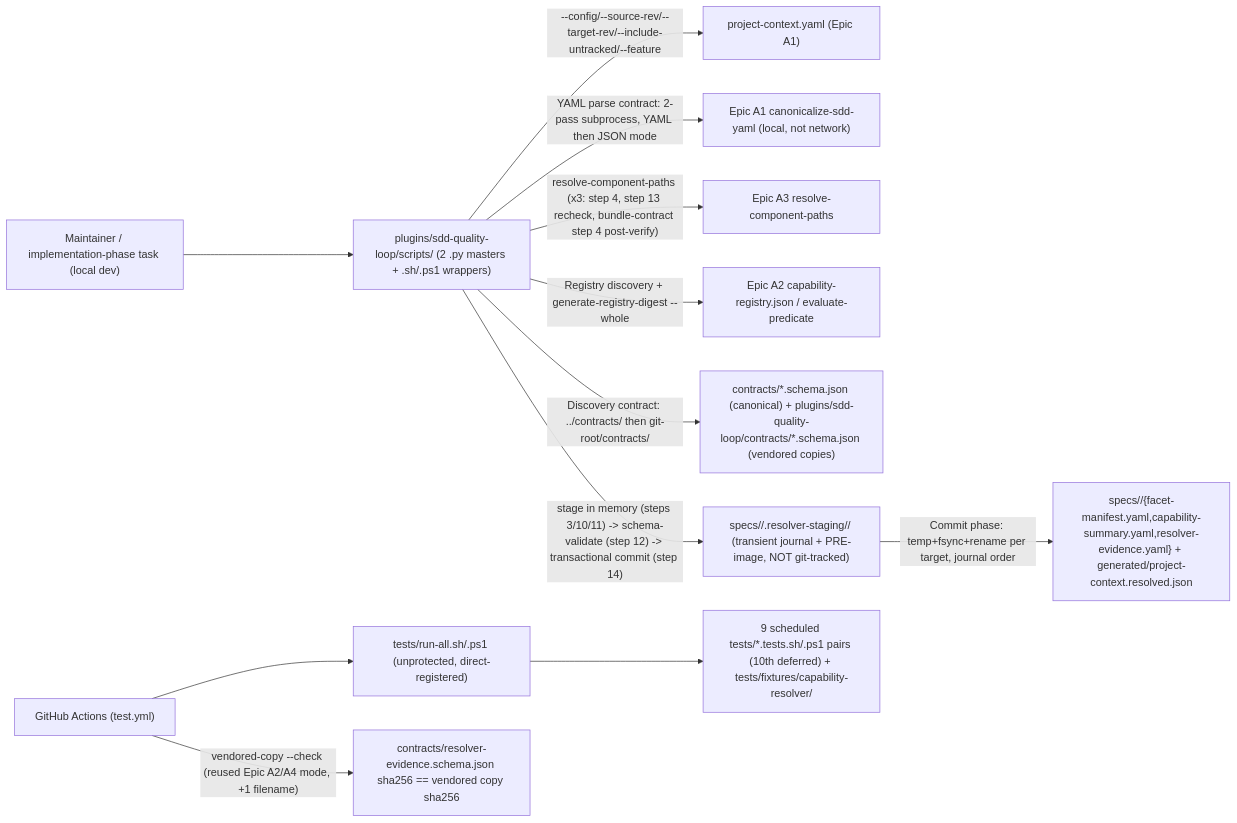
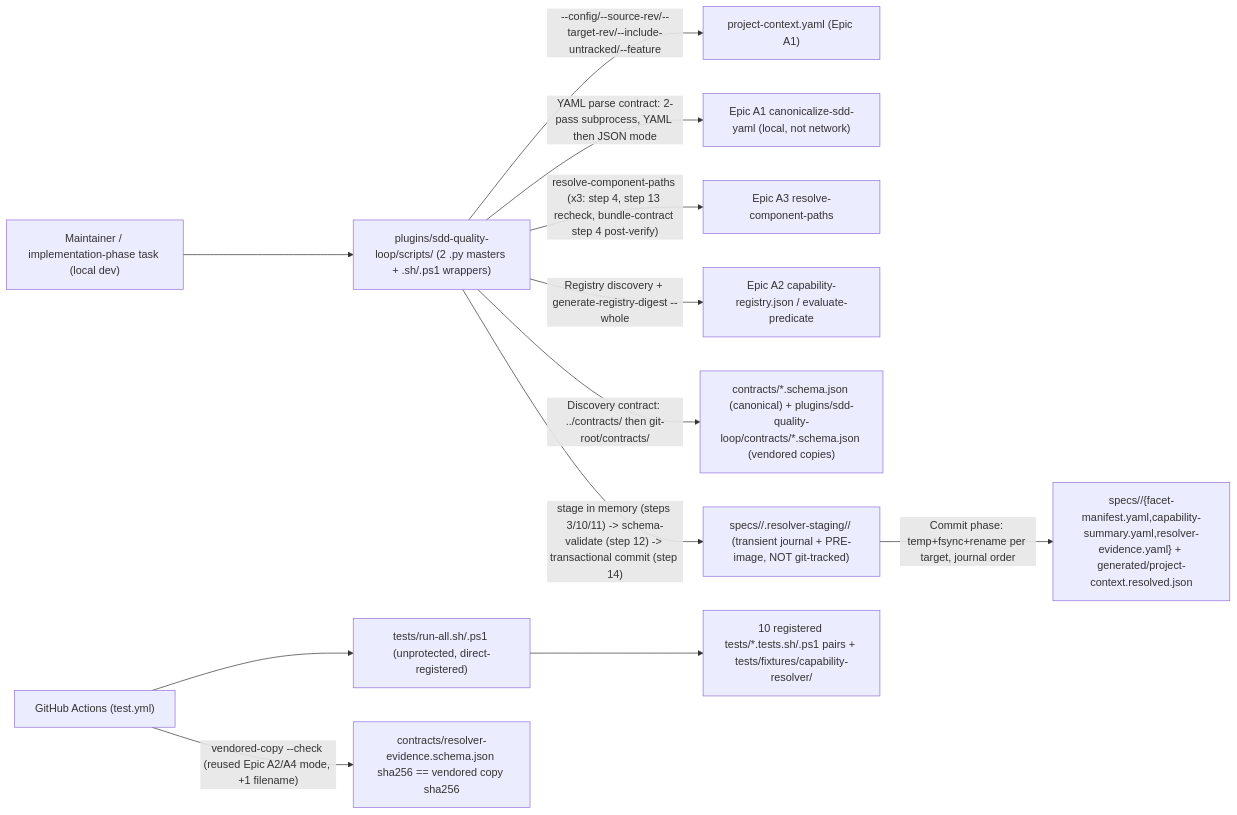
One commit to aharada54914/sdd-forge changed the first of 2 diagrams in specs/epic-193-a5-capability-resolver/infra-spec.md. Above: the diagram before and after it, drawn with Mermaid. The commit also changed other lines of this file and 15 other files, not shown here.

````diff
--- a/specs/epic-193-a5-capability-resolver/infra-spec.md
+++ b/specs/epic-193-a5-capability-resolver/infra-spec.md
@@ -13,14 +13,14 @@
 ```mermaid
 flowchart LR
   Dev["Maintainer / implementation-phase task (local dev)"] --> Scripts["plugins/sdd-quality-loop/scripts/ (2 .py masters + .sh/.ps1 wrappers)"]
   Scripts -->|"--config/--source-rev/--target-rev/--include-untracked/--feature"| YAML["project-context.yaml (Epic A1)"]
   Scripts -->|"YAML parse contract: 2-pass subprocess, YAML then JSON mode"| CANON["Epic A1 canonicalize-sdd-yaml (local, not network)"]
   Scripts -->|"resolve-component-paths (x3: step 4, step 13 recheck, bundle-contract step 4 post-verify)"| A3["Epic A3 resolve-component-paths"]
   Scripts -->|"Registry discovery + generate-registry-digest --whole"| A2["Epic A2 capability-registry.json / evaluate-predicate"]
   Scripts -->|"Discovery contract: ../contracts/ then git-root/contracts/"| CONTRACTS["contracts/*.schema.json (canonical) + plugins/sdd-quality-loop/contracts/*.schema.json (vendored copies)"]
   Scripts -->|"stage in memory (steps 3/10/11) -> schema-validate (step 12) -> transactional commit (step 14)"| STAGING["specs/<feature>/.resolver-staging/<batch-nonce>/ (transient journal + PRE-image, NOT git-tracked)"]
   STAGING -->|"Commit phase: temp+fsync+rename per target, journal order"| LIVE["specs/<feature>/{facet-manifest.yaml,capability-summary.yaml,resolver-evidence.yaml} + generated/project-context.resolved.json"]
   CI["GitHub Actions (test.yml)"] --> RunAll["tests/run-all.sh/.ps1 (unprotected, direct-registered)"]
-  RunAll --> Suites["9 scheduled tests/*.tests.sh/.ps1 pairs (10th deferred) + tests/fixtures/capability-resolver/"]
+  RunAll --> Suites["10 registered tests/*.tests.sh/.ps1 pairs + tests/fixtures/capability-resolver/"]
   CI -->|"vendored-copy --check (reused Epic A2/A4 mode, +1 filename)"| DRIFT["contracts/resolver-evidence.schema.json sha256 == vendored copy sha256"]
 ```
````
